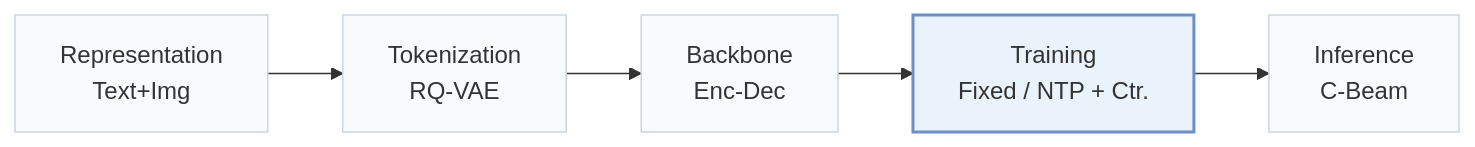
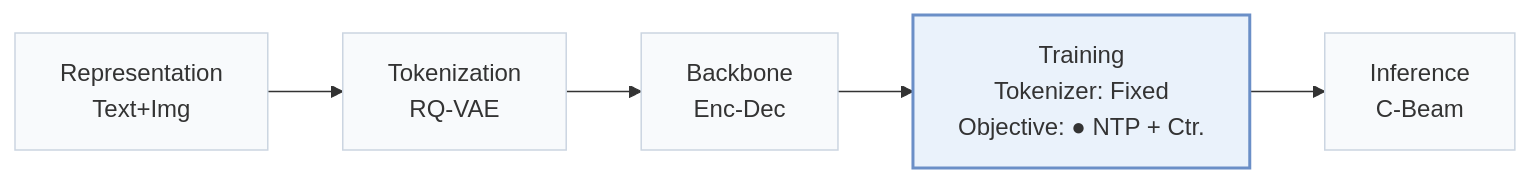
Before and after one commit to Galaxy-ghost/Awesome-SID-Generative-Rec: the first of 2 diagrams in pages/papers/syngr.md, drawn with Mermaid. The commit also changed other lines of this file and 558 other files, not shown here.

````diff
--- a/pages/papers/syngr.md
+++ b/pages/papers/syngr.md
@@ -15,8 +19,8 @@
 ```mermaid
 flowchart LR
-    R["Representation<br/>Text+Img"] --> T["Tokenization<br/>RQ-VAE"] --> B["Backbone<br/>Enc-Dec"] --> TR["Training<br/>Fixed / NTP + Ctr."] --> I["Inference<br/>C-Beam"]
+    R["Representation<br/>Text+Img"] --> T["Tokenization<br/>RQ-VAE"] --> B["Backbone<br/>Enc-Dec"] --> TR["Training<br/>Tokenizer: Fixed<br/>Objective: ● NTP + Ctr."] --> I["Inference<br/>C-Beam"]
     classDef base fill:#f8fafc,stroke:#cbd5e1
     class R,T,B,TR,I base
     classDef main fill:#eaf2fb,stroke:#6b8fc7,stroke-width:2px
     class TR main
 ```
````
